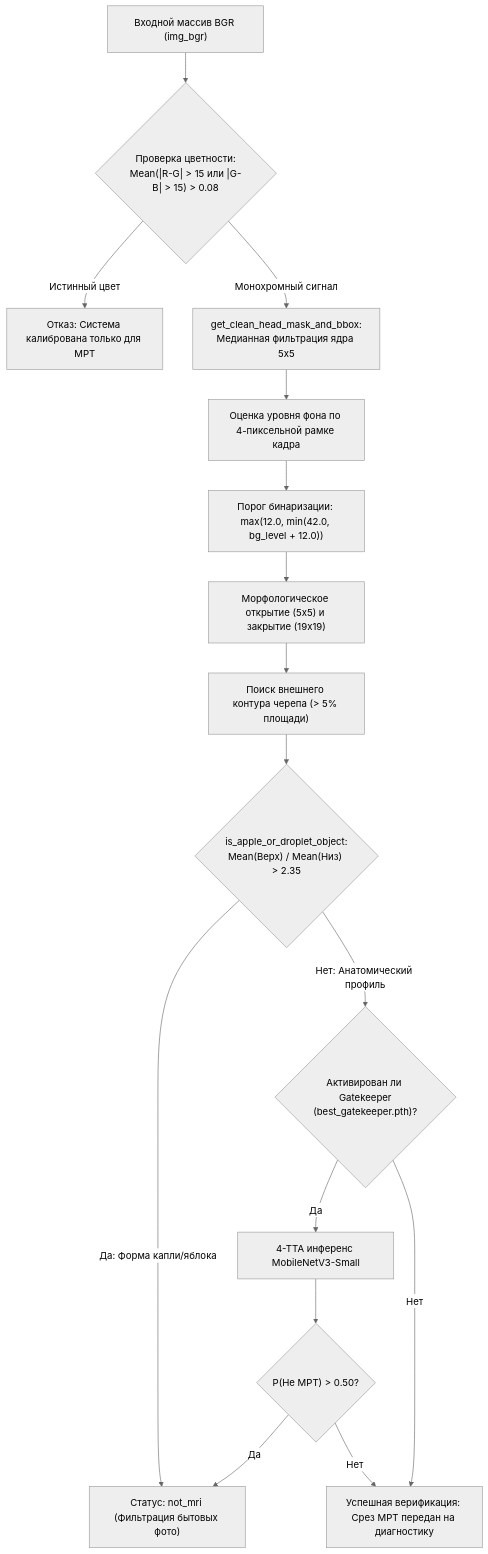
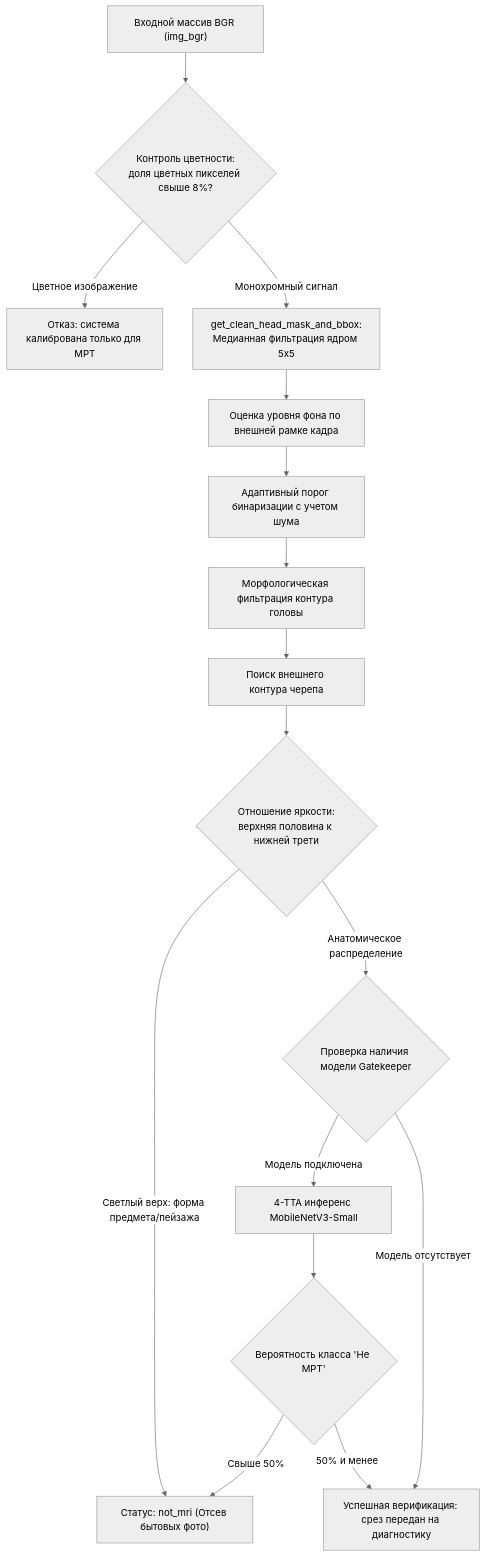
One commit to marklemesev-spec/mri-brain-tumors changed the ninth of 15 diagrams in README.md. Above: the diagram before and after it, drawn with Mermaid (neutral theme). The commit also changed other lines of this file, not shown here.

````diff
--- a/README.md
+++ b/README.md
@@ -417,21 +417,21 @@
 ```mermaid
 flowchart TD
-    A["Входной массив BGR (img_bgr)"] --> B{"Проверка цветности:<br/>Mean(|R-G| > 15 или |G-B| > 15) > 0.08"}
-    B -->|Истинный цвет| B1["Отказ: Система калибрована только для МРТ"]
-    B -->|Монохромный сигнал| C["get_clean_head_mask_and_bbox:<br/>Медианная фильтрация ядра 5x5"]
+    A["Входной массив BGR (img_bgr)"] --> B{"Контроль цветности:<br/>доля цветных пикселей свыше 8%?"}
+    B -->|Цветное изображение| B1["Отказ: система калибрована только для МРТ"]
+    B -->|Монохромный сигнал| C["get_clean_head_mask_and_bbox:<br/>Медианная фильтрация ядром 5x5"]
     
-    C --> D["Оценка уровня фона по 4-пиксельной рамке кадра"]
-    D --> E["Порог бинаризации: max(12.0, min(42.0, bg_level + 12.0))"]
-    E --> F["Морфологическое открытие (5x5) и закрытие (19x19)"]
-    F --> G["Поиск внешнего контура черепа (> 5% площади)"]
+    C --> D["Оценка уровня фона по внешней рамке кадра"]
+    D --> E["Адаптивный порог бинаризации с учетом шума"]
+    E --> F["Морфологическая фильтрация контура головы"]
+    F --> G["Поиск внешнего контура черепа"]
     
-    G --> H{"is_apple_or_droplet_object:<br/>Mean(Верх) / Mean(Низ) > 2.35"}
-    H -->|Да: Форма капли/яблока| H1["Статус: not_mri (Фильтрация бытовых фото)"]
-    H -->|Нет: Анатомический профиль| I{"Активирован ли Gatekeeper<br/>(best_gatekeeper.pth)?"}
+    G --> H{"Отношение яркости:<br/>верхняя половина к нижней трети"}
+    H -->|Светлый верх: форма предмета/пейзажа| H1["Статус: not_mri (Отсев бытовых фото)"]
+    H -->|Анатомическое распределение| I{"Проверка наличия модели Gatekeeper"}
     
-    I -->|Да| J["4-TTA инференс MobileNetV3-Small"]
-    J --> K{"P(Не МРТ) > 0.50?"}
-    K -->|Да| H1
-    K -->|Нет| L["Успешная верификация: Срез МРТ передан на диагностику"]
-    I -->|Нет| L
+    I -->|Модель подключена| J["4-TTA инференс MobileNetV3-Small"]
+    J --> K{"Вероятность класса 'Не МРТ'"}
+    K -->|Свыше 50%| H1
+    K -->|50% и менее| L["Успешная верификация: срез передан на диагностику"]
+    I -->|Модель отсутствует| L
 ```
````
